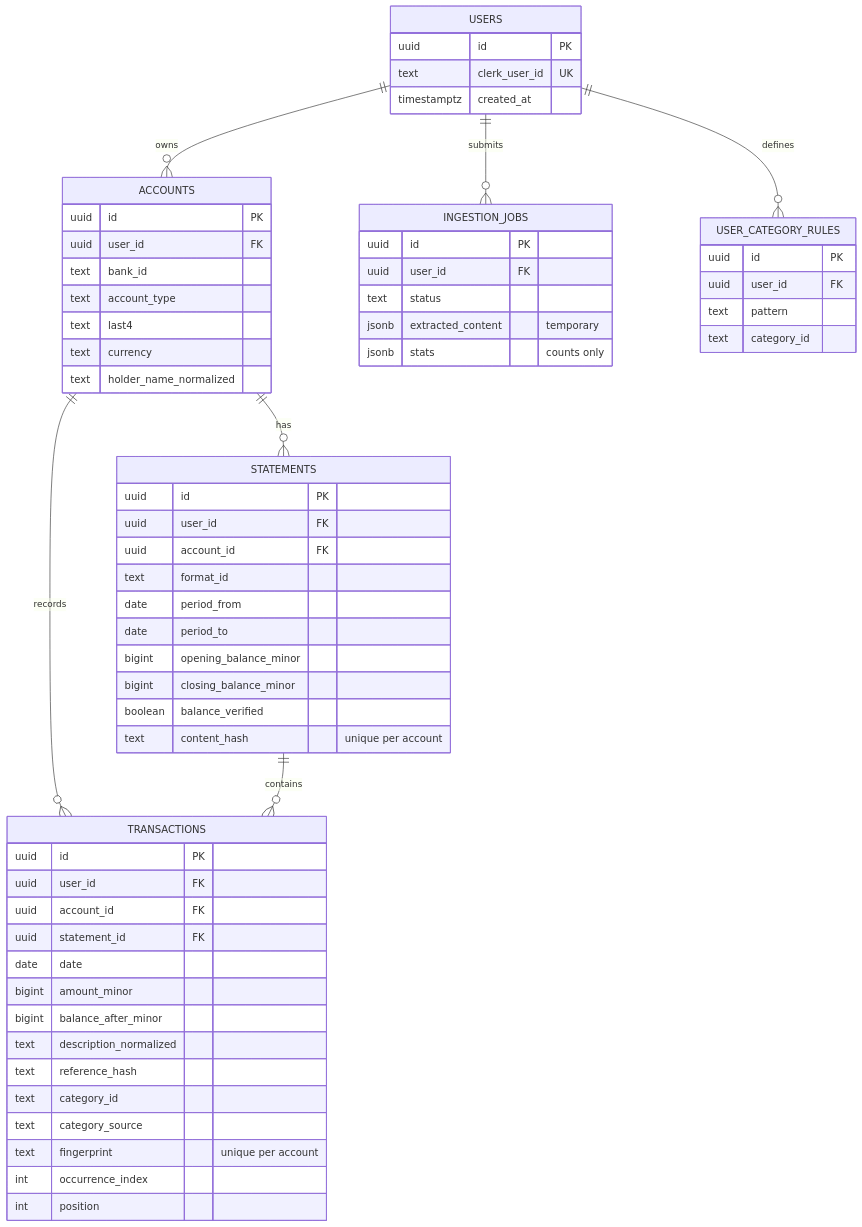
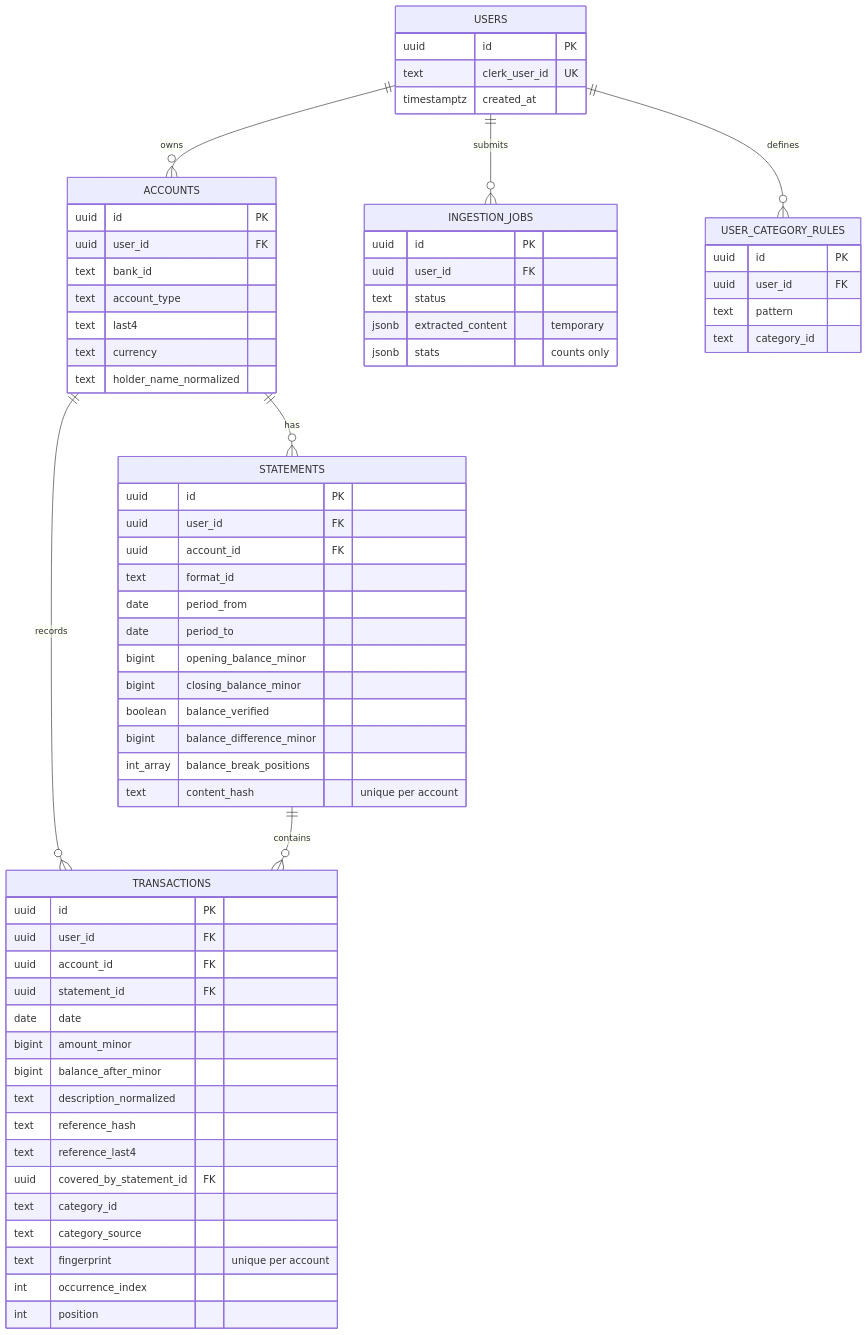
Before and after one commit to ingcarlostello/xtrakto: the third of 7 diagrams in docs/ARCHITECTURE.md, drawn with Mermaid. The commit also changed other lines of this file and 34 other files, not shown here.

````diff
--- a/docs/ARCHITECTURE.md
+++ b/docs/ARCHITECTURE.md
@@ -160,64 +162,68 @@
 ```mermaid
 erDiagram
     USERS ||--o{ ACCOUNTS : owns
     USERS ||--o{ INGESTION_JOBS : submits
     USERS ||--o{ USER_CATEGORY_RULES : defines
     ACCOUNTS ||--o{ STATEMENTS : has
     ACCOUNTS ||--o{ TRANSACTIONS : records
     STATEMENTS ||--o{ TRANSACTIONS : contains
     USERS {
         uuid id PK
         text clerk_user_id UK
         timestamptz created_at
     }
     ACCOUNTS {
         uuid id PK
         uuid user_id FK
         text bank_id
         text account_type
         text last4
         text currency
         text holder_name_normalized
     }
     STATEMENTS {
         uuid id PK
         uuid user_id FK
         uuid account_id FK
         text format_id
         date period_from
         date period_to
         bigint opening_balance_minor
         bigint closing_balance_minor
         boolean balance_verified
+        bigint balance_difference_minor
+        int_array balance_break_positions
         text content_hash "unique per account"
     }
     TRANSACTIONS {
         uuid id PK
         uuid user_id FK
         uuid account_id FK
         uuid statement_id FK
         date date
         bigint amount_minor
         bigint balance_after_minor
         text description_normalized
         text reference_hash
+        text reference_last4
+        uuid covered_by_statement_id FK
         text category_id
         text category_source
         text fingerprint "unique per account"
         int occurrence_index
         int position
     }
     INGESTION_JOBS {
         uuid id PK
         uuid user_id FK
         text status
         jsonb extracted_content "temporary"
         jsonb stats "counts only"
     }
     USER_CATEGORY_RULES {
         uuid id PK
         uuid user_id FK
         text pattern
         text category_id
     }
 ```
````
